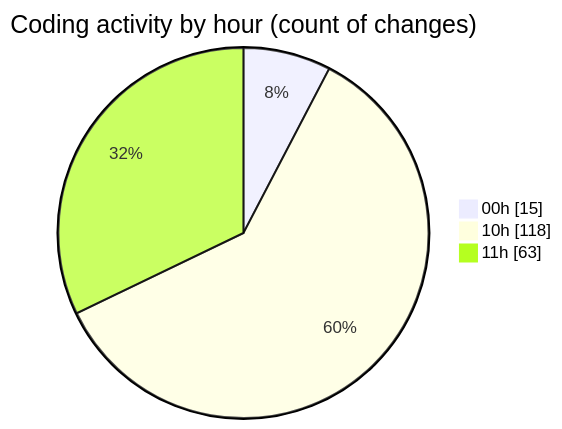
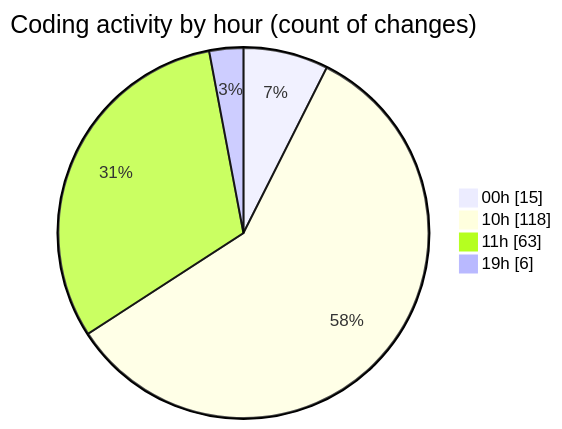
One commit to Ritupan-Deka/code-tracking changed the second of 2 diagrams in 2026-01-11/dsa/README.md. Above: the diagram before and after it, drawn with Mermaid. The commit also changed other lines of this file and 1 other file, not shown here.

````diff
--- a/2026-01-11/dsa/README.md
+++ b/2026-01-11/dsa/README.md
@@ -28,7 +29,8 @@
 ```mermaid
 pie showData
 title Coding activity by hour (count of changes)
 "00h" : 15
 "10h" : 118
 "11h" : 63
+"19h" : 6
 ```
````
